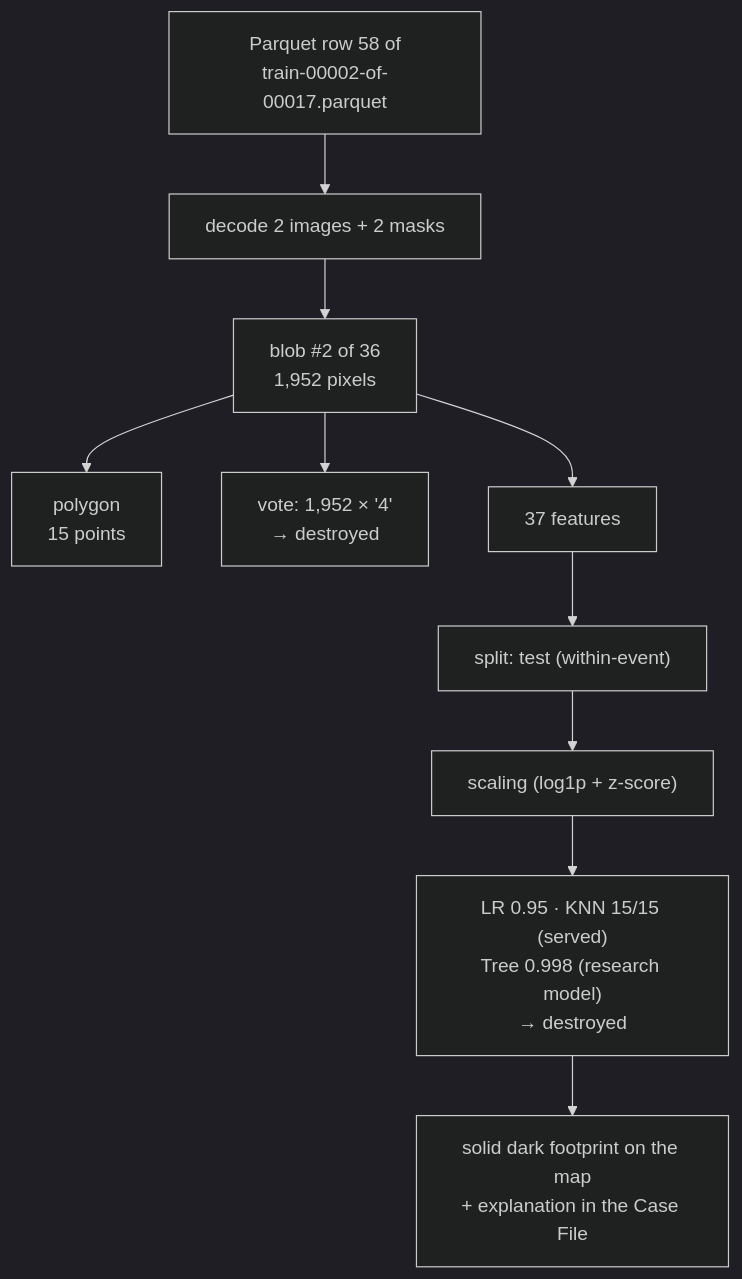
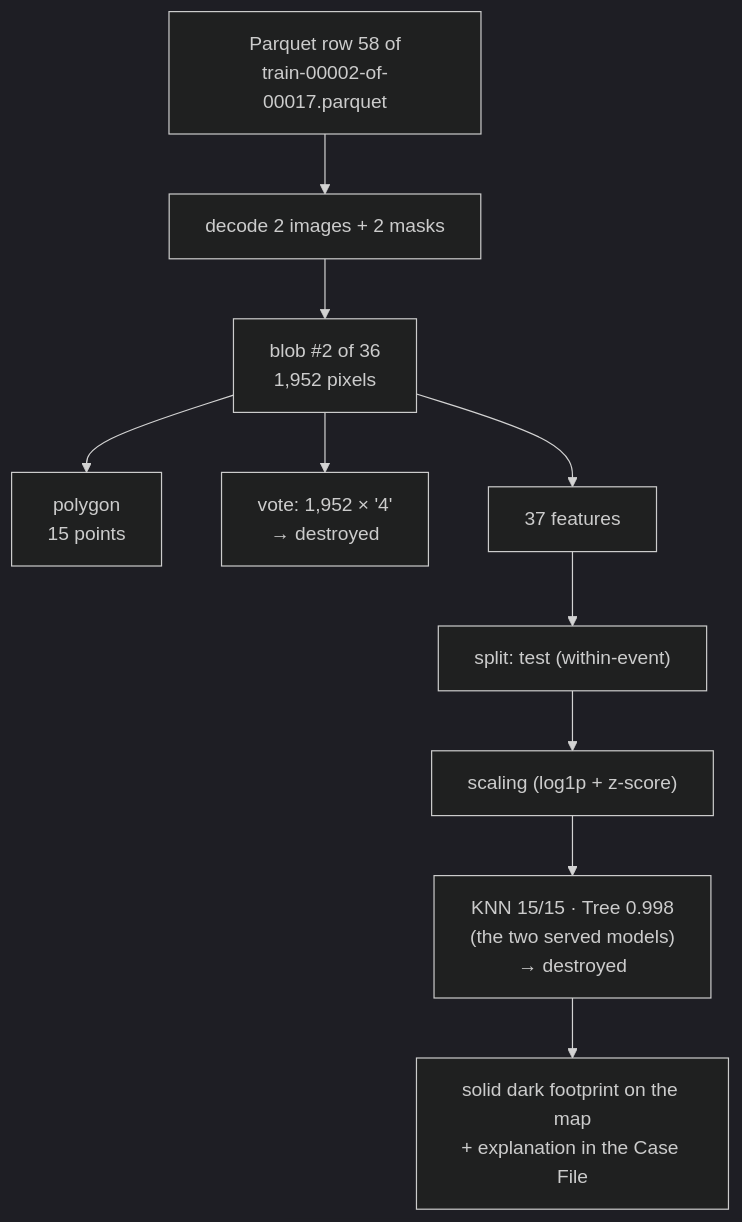
The second of 4 diagrams in docs/UNDERSTANDING_AFTERSIGHT.md (divishapanjwani/AfterSight-Simplified), drawn with Mermaid (dark theme) before and after one commit. The commit also changed other lines of this file and 32 other files, not shown here.

First line of the commit message:
Docs: KNN (default) and Decision Tree; LR only as the confounding analysis classifier

````diff
--- a/docs/UNDERSTANDING_AFTERSIGHT.md
+++ b/docs/UNDERSTANDING_AFTERSIGHT.md
@@ -234,12 +234,12 @@
 ```mermaid
 flowchart TB
     R["Parquet row 58 of<br/>train-00002-of-00017.parquet"] --> D["decode 2 images + 2 masks"]
     D --> B["blob #2 of 36<br/>1,952 pixels"]
     B --> P["polygon<br/>15 points"]
     B --> L["vote: 1,952 × '4'<br/>→ destroyed"]
     B --> F["37 features"]
     F --> S["split: test (within-event)"]
     S --> Z["scaling (log1p + z-score)"]
-    Z --> M["LR 0.95 · KNN 15/15 (served)<br/>Tree 0.998 (research model)<br/>→ destroyed"]
+    Z --> M["KNN 15/15 · Tree 0.998<br/>(the two served models)<br/>→ destroyed"]
     M --> U["solid dark footprint on the map<br/>+ explanation in the Case File"]
 ```
````
